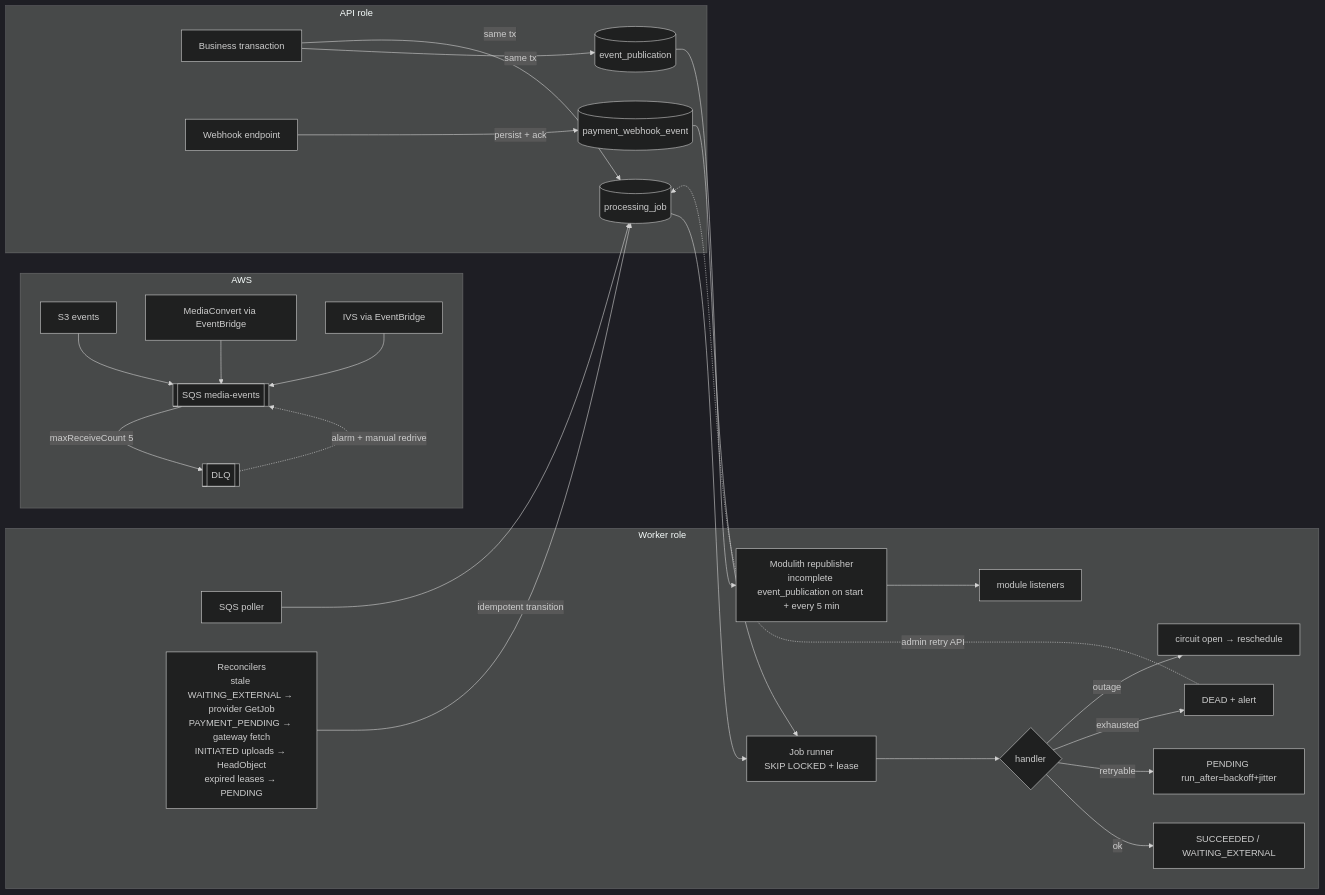
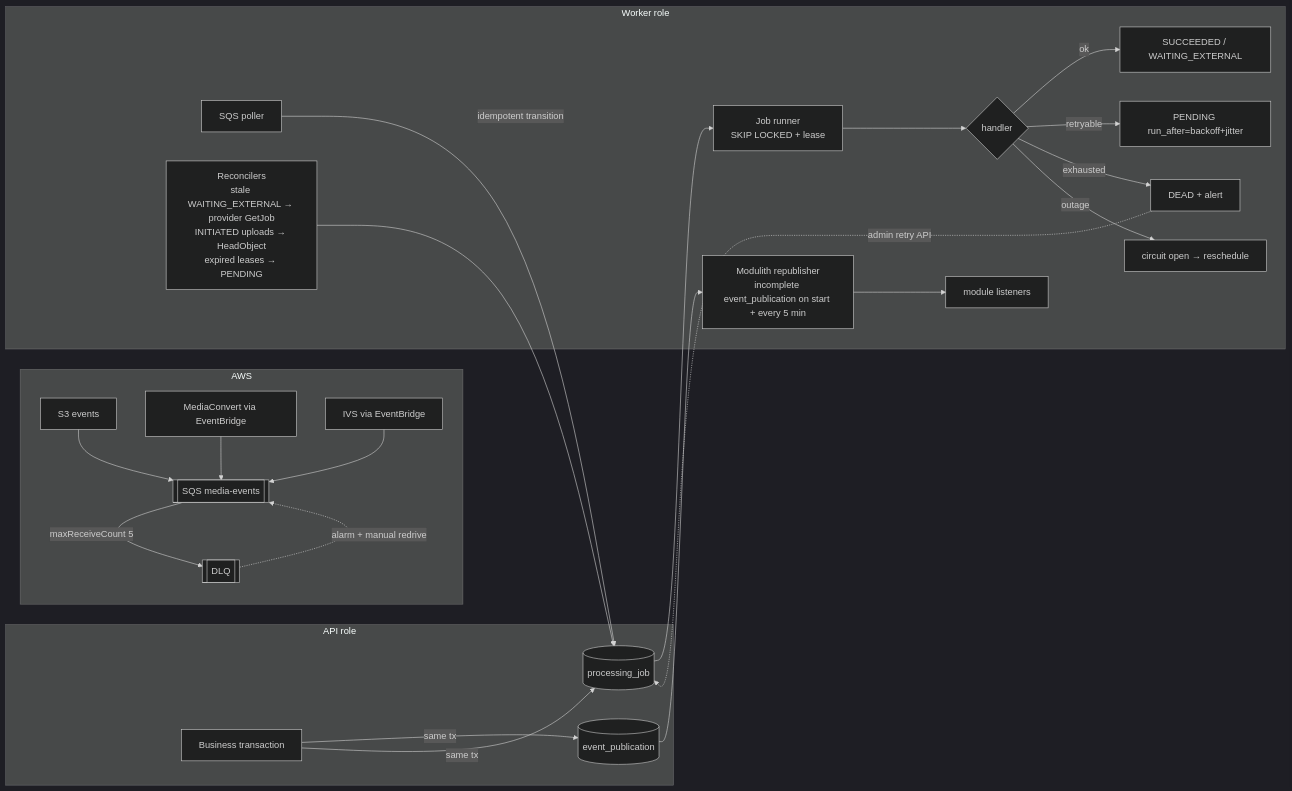
Before and after one commit to poddar98/Ohara: the second of 2 diagrams in docs/architecture/09-async-processing-and-reliability.md, drawn with Mermaid (dark theme). The commit also changed other lines of this file and 11 other files, not shown here.

````diff
--- a/docs/architecture/09-async-processing-and-reliability.md
+++ b/docs/architecture/09-async-processing-and-reliability.md
@@ -97,29 +97,27 @@
 ```mermaid
 flowchart LR
   subgraph API[API role]
     TX[Business transaction] -->|same tx| OUT[(event_publication)]
     TX -->|same tx| JOBS[(processing_job)]
-    WH[Webhook endpoint] -->|persist + ack| WHE[(payment_webhook_event)]
   end
   subgraph AWS
     S3E[S3 events] --> Q[[SQS media-events]]
     MCE[MediaConvert via EventBridge] --> Q
     IVSE[IVS via EventBridge] --> Q
     Q -- maxReceiveCount 5 --> DLQ[[DLQ]]
   end
   subgraph WRK[Worker role]
     POLL[SQS poller] -->|idempotent transition| JOBS
     CLAIM[Job runner<br/>SKIP LOCKED + lease] --> H{handler}
     H -- ok --> DONE[SUCCEEDED / WAITING_EXTERNAL]
     H -- retryable --> BACK[PENDING run_after=backoff+jitter]
     H -- exhausted --> DEAD[DEAD + alert]
     H -- outage --> CB[circuit open → reschedule]
-    REC[Reconcilers<br/>stale WAITING_EXTERNAL → provider GetJob<br/>PAYMENT_PENDING → gateway fetch<br/>INITIATED uploads → HeadObject<br/>expired leases → PENDING] --> JOBS
+    REC[Reconcilers<br/>stale WAITING_EXTERNAL → provider GetJob<br/>INITIATED uploads → HeadObject<br/>expired leases → PENDING] --> JOBS
     MOD[Modulith republisher<br/>incomplete event_publication on start + every 5 min] --> L[module listeners]
   end
   OUT --> MOD
   JOBS --> CLAIM
-  WHE --> CLAIM
   DLQ -. alarm + manual redrive .-> Q
   DEAD -. admin retry API .-> JOBS
 ```
````
